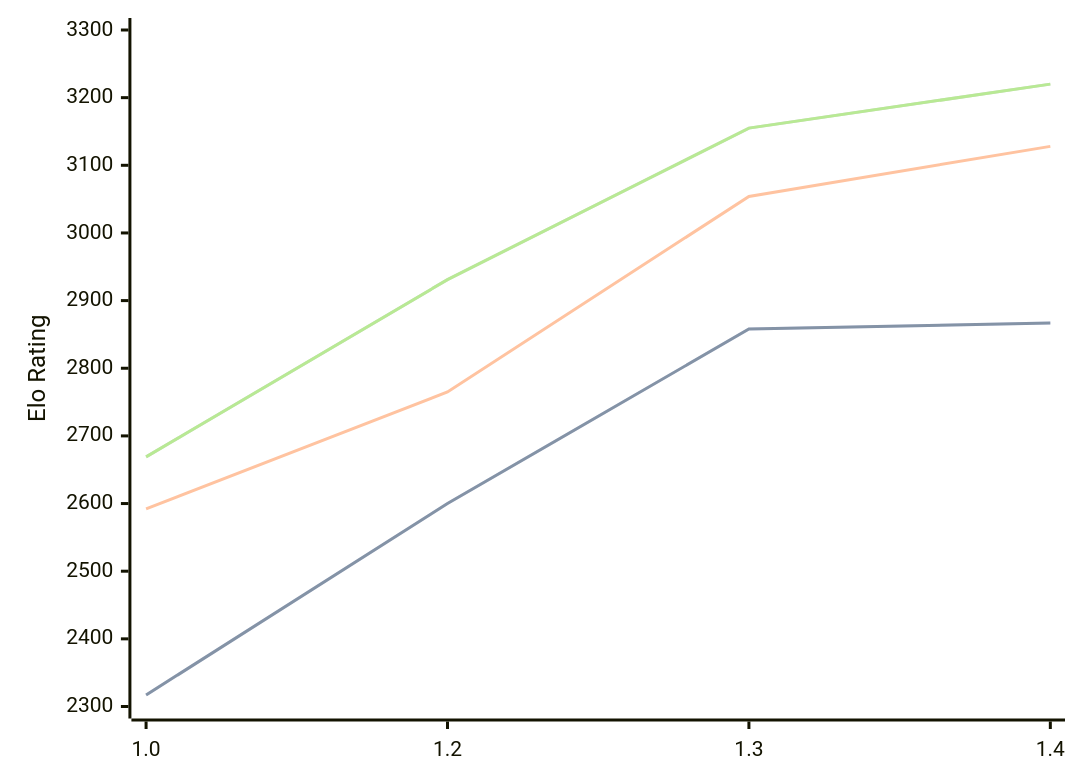
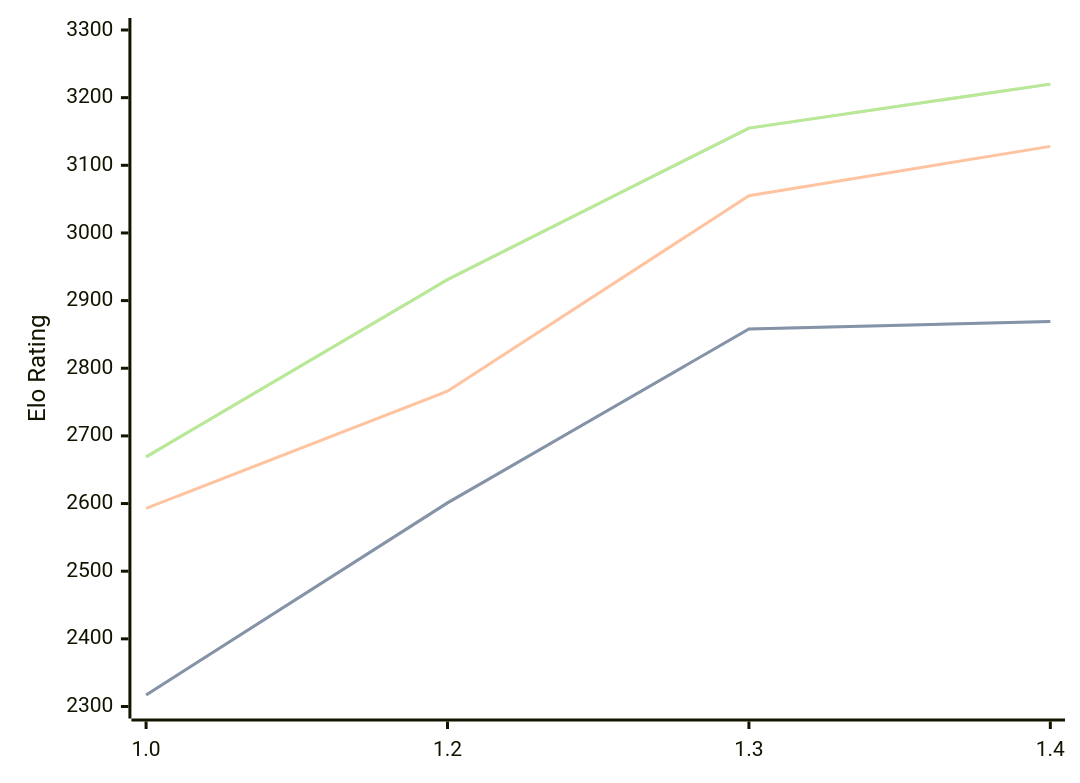
One commit to computer-chess-index/cci changed the third of 3 diagrams in engines/Chessnix.md. Above: the diagram before and after it, drawn with Mermaid. The commit also changed other lines of this file, not shown here.

````diff
--- a/engines/Chessnix.md
+++ b/engines/Chessnix.md
@@ -69,11 +69,11 @@
 ```mermaid
 %%{init: {"theme":"base","themeVariables":{"seriesColors:['#a3a3a3','#222221','#faa371']}}}%%
 xychart-beta
   x-axis ["1.0", "1.2", "1.3", "1.4"]
   y-axis "Elo Rating" 2300 --> 3300
-  line "STC (8.0+0.08s)" [2317, 2600, 2858, 2867]
-  line "STC (8.0+0.08s)" [2317, 2600, 2858, 2867]
-  line "LTC (60.0+0.60s)" [2592, 2765, 3054, 3128]
+  line "STC (8.0+0.08s)" [2317, 2601, 2858, 2869]
+  line "STC (8.0+0.08s)" [2317, 2601, 2858, 2869]
+  line "LTC (60.0+0.60s)" [2593, 2766, 3055, 3128]
   line "VLTC (2m24s+1.12s)" [2669, 2931, 3155, 3220]
   line "VLTC (2m24s+1.12s)" [2669, 2931, 3155, 3220]
 ```
````
